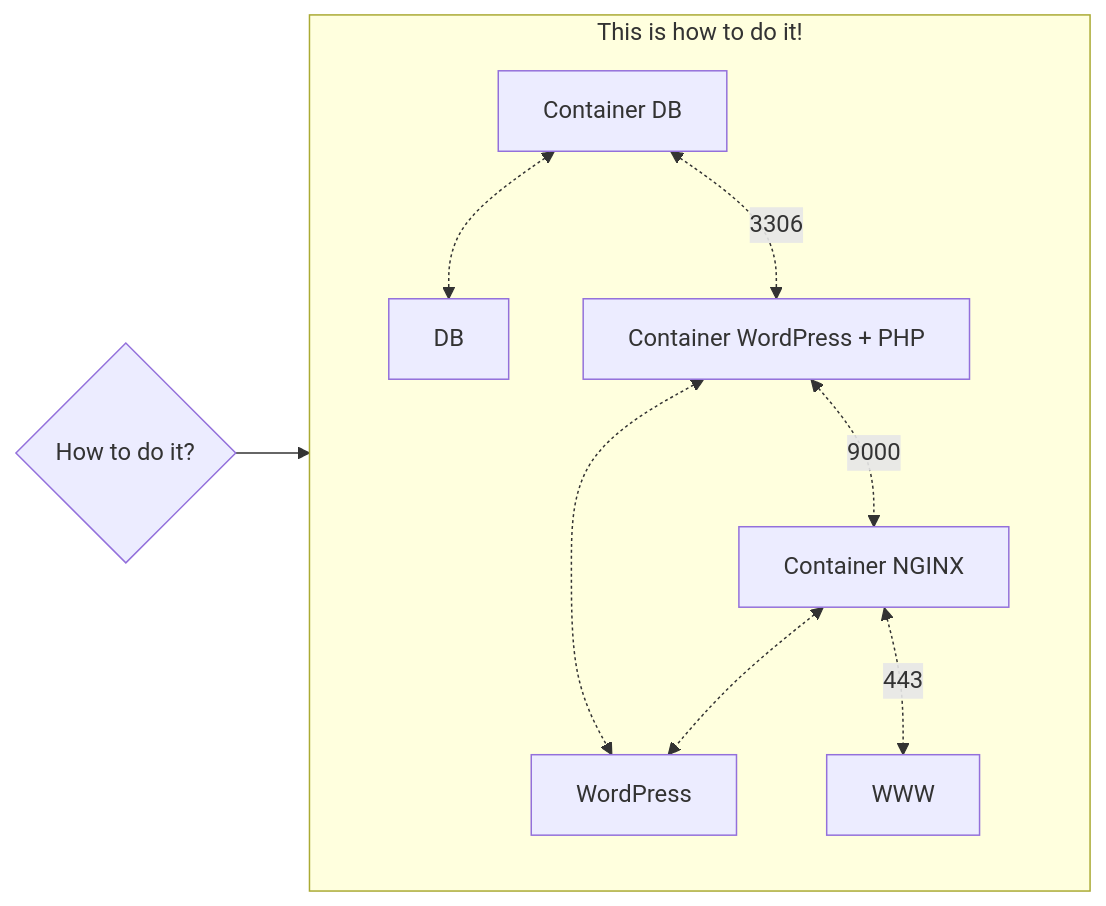
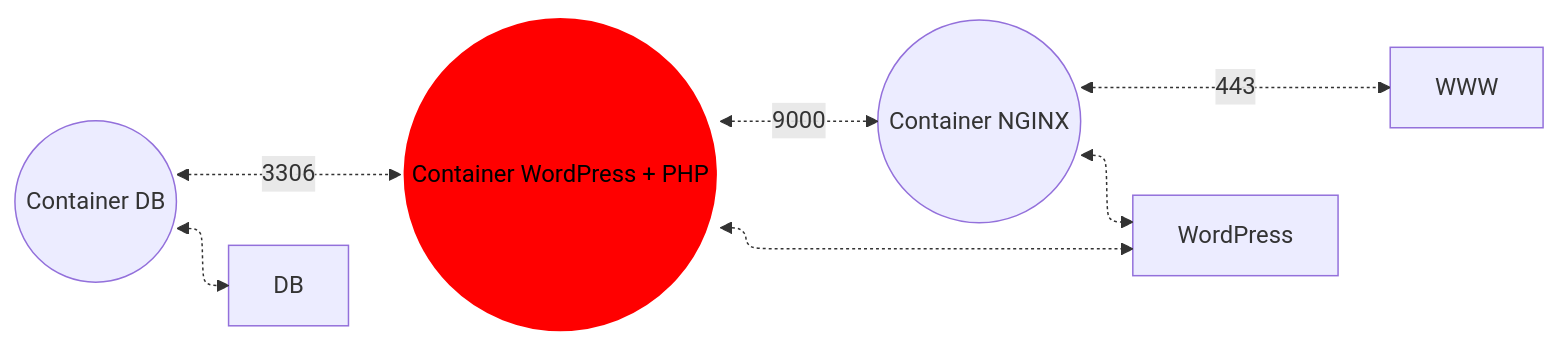
One commit to MM1132/inception changed the first of 2 diagrams in README.md. Above: the diagram before and after it, drawn with Mermaid. The commit also changed other lines of this file and 6 other files, not shown here.

````diff
--- a/README.md
+++ b/README.md
@@ -35,24 +44,22 @@
 ```mermaid
-	graph LR
+	flowchart-elk LR
 
-	subgraph MAIN[This is how to do it!]
-	CDB[Container DB]
-	CWP[Container WordPress + PHP]
-	CNX[Container NGINX]
+	CDB((Container DB))
+	CWP((Container WordPress + PHP))
+	CNX((Container NGINX))
 	DB
 	WP[WordPress]
 	WWW
 
 	CDB <.-> DB
 	CDB <.->|3306| CWP
 
 	CWP <.->|9000| CNX
 	CWP <.-> WP
 
 	CNX <.-> WP
 	CNX <.->|443| WWW
-	end
 
-	A{How to do it?}
-	A --> MAIN
+	CWP:::red
+	classDef red fill:#f00,stroke-width:4px,stroke:#fff,color:#000
 ```
````
